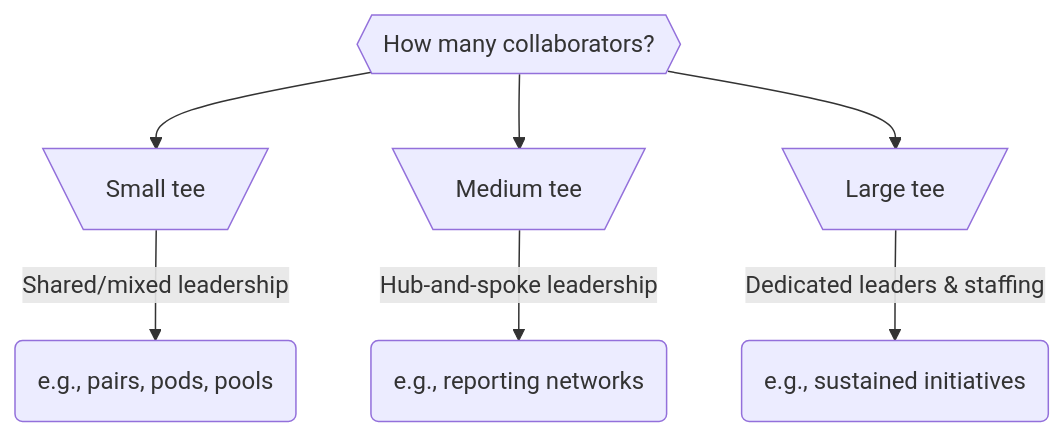
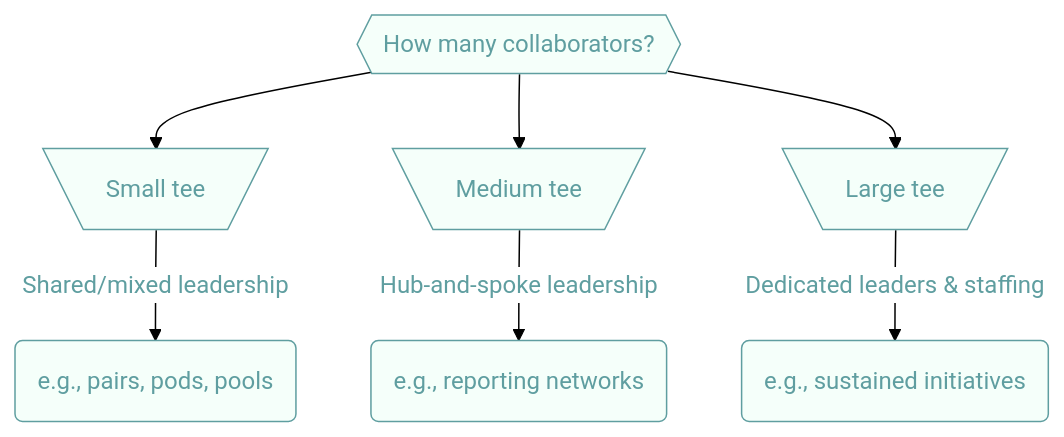
The first of 3 diagrams in docs/README.md (tiffehr/collaboration-capstone), drawn with Mermaid before and after one commit. The commit also changed other lines of this file, not shown here.

Commit message:
themes on diagrams; new nav test

```diff
--- a/docs/README.md
+++ b/docs/README.md
@@ -24,10 +24,11 @@
 <div class="mermaid">
+%%{init: {"theme": "base","themeVariables": { "background": "white", "primaryColor": "mintcream", "secondaryBorderColor": "cadetblue", "primaryTextColor": "cadetblue", "clusterBorder": "darkslategrey", "nodeBorder": "cadetblue", "clusterBkg": "white", "nodeTextColor": "darkslategrey", "defaultLinkColor": "cadetblue", "titleColor": "darkslategrey", "edgeLabelBackground": "white" }}}%%
 graph TD
   A{{How many collaborators?}}
     A --> S[\"Small" tee/]
       S -->|Shared/mixed leadership| sm(e.g., pairs, pods, pools)
     A --> M[\"Medium" tee/]
       M -->|Hub-and-spoke leadership| md(e.g., reporting networks)
     A --> L[\"Large" tee/]
       L -->|Dedicated leaders & staffing| lg(e.g., sustained initiatives)
 </div>
```
